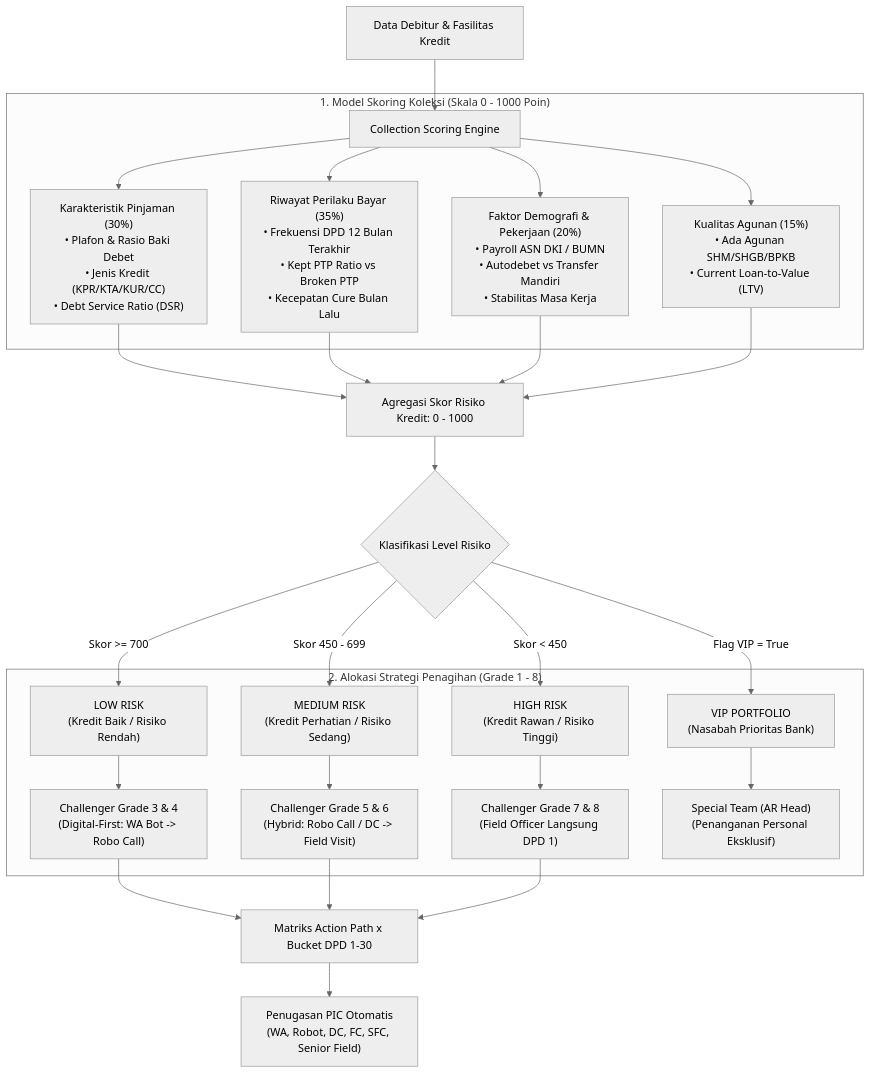
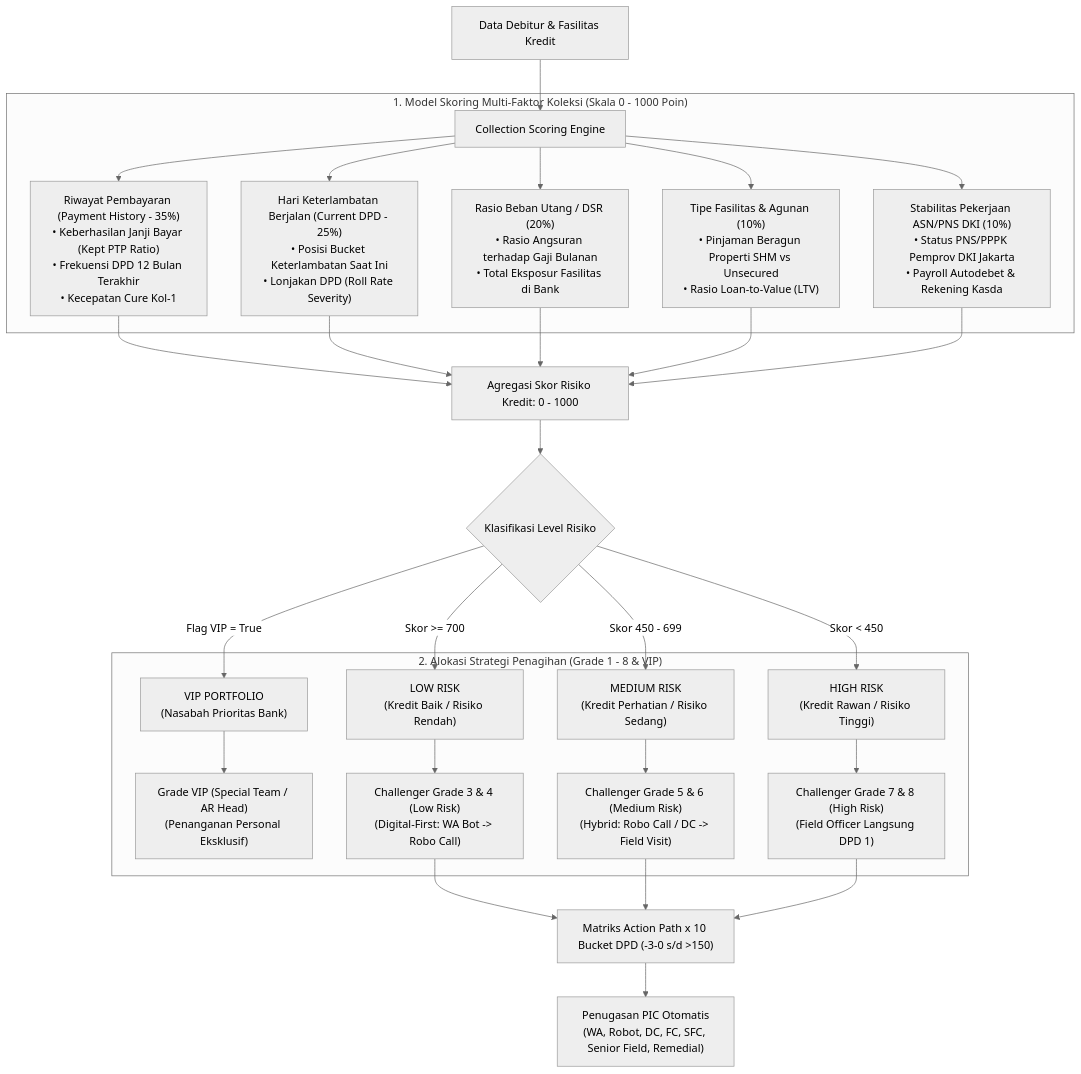
Before and after one commit to nurkholim15-bot/crms: the eighth of 14 diagrams in system_doc_crms.md, drawn with Mermaid (neutral theme). The commit also changed other lines of this file and 6 other files, not shown here.

Commit message:
docs: update scoring collection to grade mapping, 10-bucket matrix, and system docs

````diff
--- a/system_doc_crms.md
+++ b/system_doc_crms.md
@@ -828,30 +938,31 @@
 ```mermaid
 graph TD
     A["Data Debitur & Fasilitas Kredit"] --> B["Collection Scoring Engine"]
     
-    subgraph SCORING_MODEL["1. Model Skoring Koleksi (Skala 0 - 1000 Poin)"]
-        B1["Karakteristik Pinjaman (30%)<br>• Plafon & Rasio Baki Debet<br>• Jenis Kredit (KPR/KTA/KUR/CC)<br>• Debt Service Ratio (DSR)"]
-        B2["Riwayat Perilaku Bayar (35%)<br>• Frekuensi DPD 12 Bulan Terakhir<br>• Kept PTP Ratio vs Broken PTP<br>• Kecepatan Cure Bulan Lalu"]
-        B3["Faktor Demografi & Pekerjaan (20%)<br>• Payroll ASN DKI / BUMN<br>• Autodebet vs Transfer Mandiri<br>• Stabilitas Masa Kerja"]
-        B4["Kualitas Agunan (15%)<br>• Ada Agunan SHM/SHGB/BPKB<br>• Current Loan-to-Value (LTV)"]
-        B --> B1 & B2 & B3 & B4
+    subgraph SCORING_MODEL["1. Model Skoring Multi-Faktor Koleksi (Skala 0 - 1000 Poin)"]
+        B1["Riwayat Pembayaran (Payment History - 35%)<br>• Keberhasilan Janji Bayar (Kept PTP Ratio)<br>• Frekuensi DPD 12 Bulan Terakhir<br>• Kecepatan Cure Kol-1"]
+        B2["Hari Keterlambatan Berjalan (Current DPD - 25%)<br>• Posisi Bucket Keterlambatan Saat Ini<br>• Lonjakan DPD (Roll Rate Severity)"]
+        B3["Rasio Beban Utang / DSR (20%)<br>• Rasio Angsuran terhadap Gaji Bulanan<br>• Total Eksposur Fasilitas di Bank"]
+        B4["Tipe Fasilitas & Agunan (10%)<br>• Pinjaman Beragun Properti SHM vs Unsecured<br>• Rasio Loan-to-Value (LTV)"]
+        B5["Stabilitas Pekerjaan ASN/PNS DKI (10%)<br>• Status PNS/PPPK Pemprov DKI Jakarta<br>• Payroll Autodebet & Rekening Kasda"]
+        B --> B1 & B2 & B3 & B4 & B5
     end
 
-    B1 & B2 & B3 & B4 --> C["Agregasi Skor Risiko Kredit: 0 - 1000"]
+    B1 & B2 & B3 & B4 & B5 --> C["Agregasi Skor Risiko Kredit: 0 - 1000"]
 
     C --> D{"Klasifikasi Level Risiko"}
+    D -->|Flag VIP = True| D4["VIP PORTFOLIO<br>(Nasabah Prioritas Bank)"]
     D -->|Skor >= 700| D1["LOW RISK<br>(Kredit Baik / Risiko Rendah)"]
     D -->|Skor 450 - 699| D2["MEDIUM RISK<br>(Kredit Perhatian / Risiko Sedang)"]
     D -->|Skor < 450| D3["HIGH RISK<br>(Kredit Rawan / Risiko Tinggi)"]
-    D -->|Flag VIP = True| D4["VIP PORTFOLIO<br>(Nasabah Prioritas Bank)"]
 
-    subgraph STRATEGY_ASSIGNMENT["2. Alokasi Strategi Penagihan (Grade 1 - 8)"]
-        D1 --> E1["Challenger Grade 3 & 4<br>(Digital-First: WA Bot -> Robo Call)"]
-        D2 --> E2["Challenger Grade 5 & 6<br>(Hybrid: Robo Call / DC -> Field Visit)"]
-        D3 --> E3["Challenger Grade 7 & 8<br>(Field Officer Langsung DPD 1)"]
-        D4 --> E4["Special Team (AR Head)<br>(Penanganan Personal Eksklusif)"]
+    subgraph STRATEGY_ASSIGNMENT["2. Alokasi Strategi Penagihan (Grade 1 - 8 & VIP)"]
+        D4 --> E4["Grade VIP (Special Team / AR Head)<br>(Penanganan Personal Eksklusif)"]
+        D1 --> E1["Challenger Grade 3 & 4 (Low Risk)<br>(Digital-First: WA Bot -> Robo Call)"]
+        D2 --> E2["Challenger Grade 5 & 6 (Medium Risk)<br>(Hybrid: Robo Call / DC -> Field Visit)"]
+        D3 --> E3["Challenger Grade 7 & 8 (High Risk)<br>(Field Officer Langsung DPD 1)"]
     end
 
-    E1 & E2 & E3 --> F["Matriks Action Path x Bucket DPD 1-30"]
-    F --> G["Penugasan PIC Otomatis<br>(WA, Robot, DC, FC, SFC, Senior Field)"]
+    E1 & E2 & E3 --> F["Matriks Action Path x 10 Bucket DPD (-3-0 s/d >150)"]
+    F --> G["Penugasan PIC Otomatis<br>(WA, Robot, DC, FC, SFC, Senior Field, Remedial)"]
 ```
````
